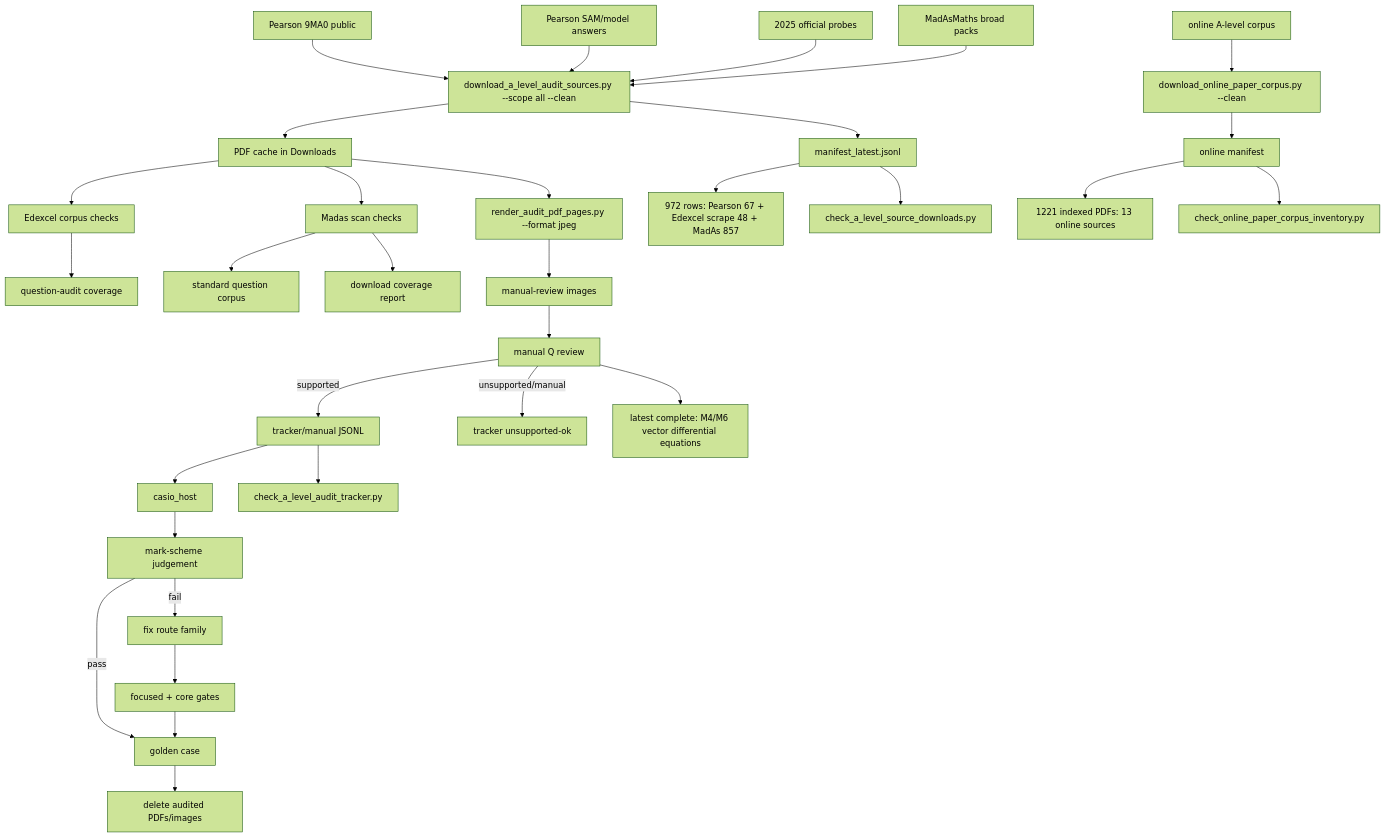
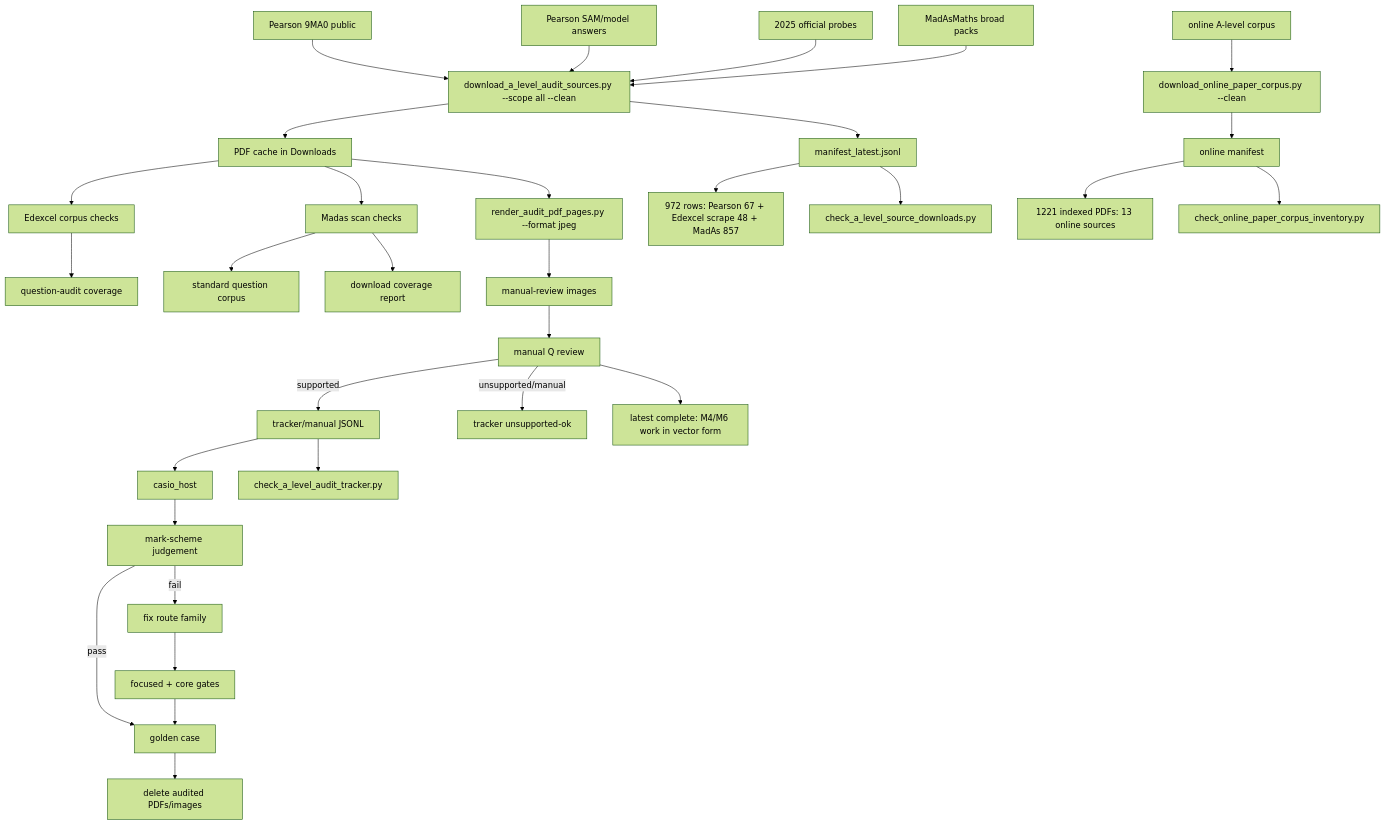
The diagram in c++/tools/golden/a_level_audit_graph.md (james8464/notes-addin-casio-fx-cg50), drawn with Mermaid (forest theme) before and after one commit. The commit also changed other lines of this file and 2 other files, not shown here.

Commit message:
Audit M4 M6 work vector booklet

````diff
--- a/c++/tools/golden/a_level_audit_graph.md
+++ b/c++/tools/golden/a_level_audit_graph.md
@@ -3,34 +3,34 @@
 ```mermaid
 graph TD
   E1["Pearson 9MA0 public"] --> D["download_a_level_audit_sources.py --scope all --clean"]
   E2["Pearson SAM/model answers"] --> D
   E3["2025 official probes"] --> D
   M1["MadAsMaths broad packs"] --> D
   O1["online A-level corpus"] --> OD["download_online_paper_corpus.py --clean"]
   D --> P["PDF cache in Downloads"]
   D --> X["manifest_latest.jsonl"]
   OD --> OX["online manifest"]
   X --> XC["972 rows: Pearson 67 + Edexcel scrape 48 + MadAs 857"]
   OX --> OC["1221 indexed PDFs: 13 online sources"]
   X --> V["check_a_level_source_downloads.py"]
   OX --> OV["check_online_paper_corpus_inventory.py"]
   P --> E["Edexcel corpus checks"]
   E --> EQ["question-audit coverage"]
   P --> S["Madas scan checks"]
   S --> M["standard question corpus"]
   S --> MC["download coverage report"]
   P --> R["render_audit_pdf_pages.py --format jpeg"]
   R --> I["manual-review images"]
   I --> Q["manual Q review"]
   Q -->|supported| J["tracker/manual JSONL"]
   Q -->|unsupported/manual| U["tracker unsupported-ok"]
   J --> H["casio_host"]
   J --> K["check_a_level_audit_tracker.py"]
   H --> C["mark-scheme judgement"]
   C -->|pass| G["golden case"]
   C -->|fail| F["fix route family"]
   F --> T["focused + core gates"]
   T --> G
   G --> Z["delete audited PDFs/images"]
-  Q --> Qt["latest complete: M4/M6 vector differential equations"]
+  Q --> Qt["latest complete: M4/M6 work in vector form"]
 ```
````
